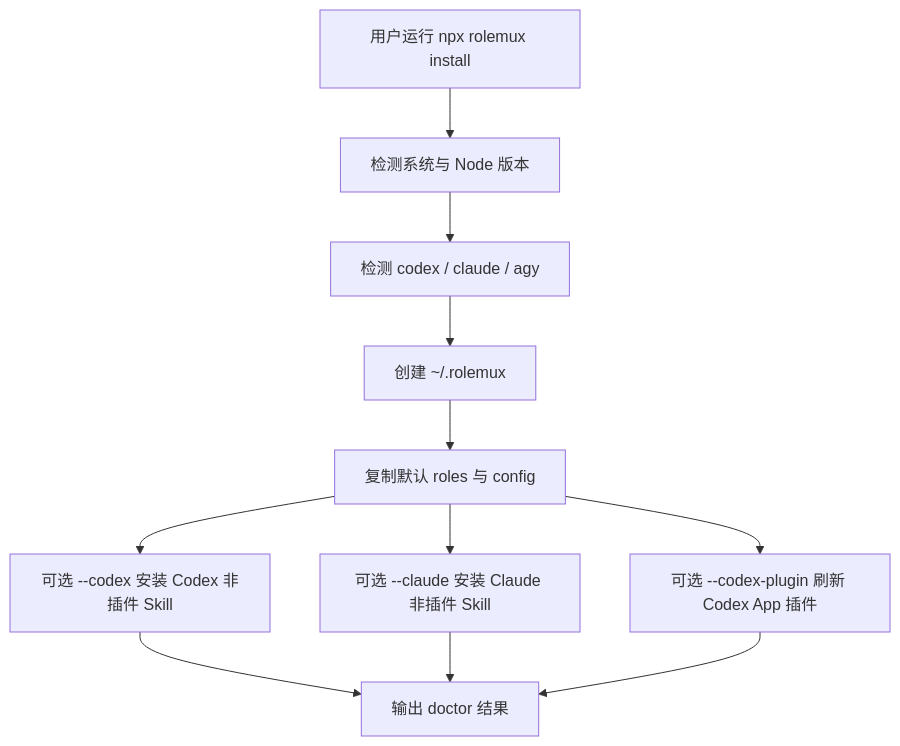
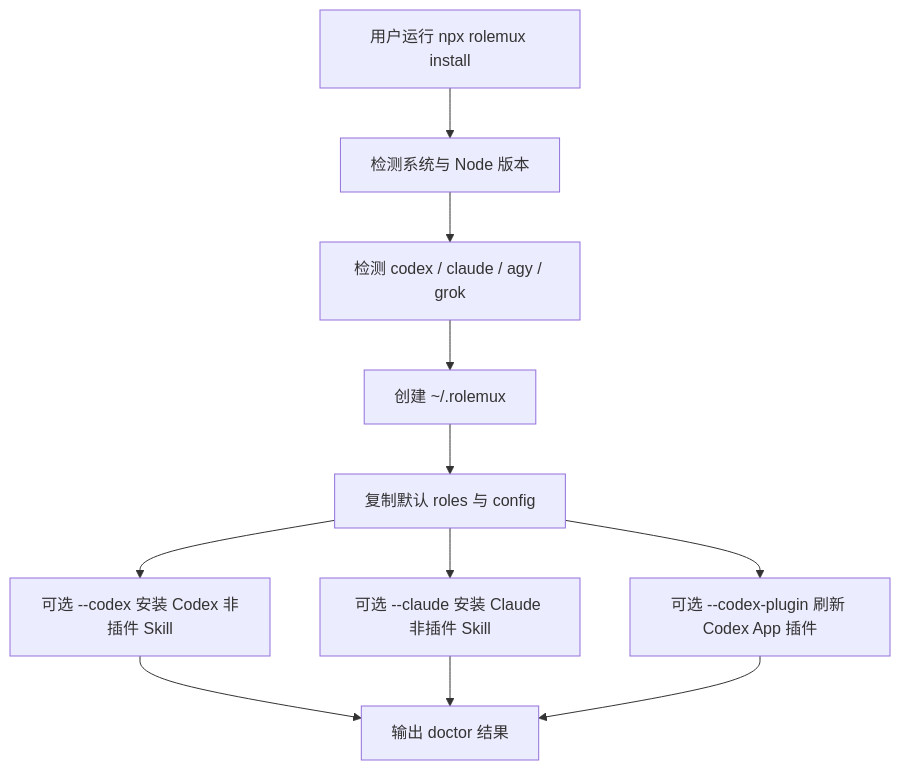
The first of 3 diagrams in spec/rolemux-development-spec.md (immortalbeating2/rolemux), drawn with Mermaid before and after one commit. The commit also changed other lines of this file and 33 other files, not shown here.

````diff
--- a/spec/rolemux-development-spec.md
+++ b/spec/rolemux-development-spec.md
@@ -285,13 +285,13 @@
 ```mermaid
 flowchart TD
   A["用户运行 npx rolemux install"] --> B["检测系统与 Node 版本"]
-  B --> C["检测 codex / claude / agy"]
+  B --> C["检测 codex / claude / agy / grok"]
   C --> D["创建 ~/.rolemux"]
   D --> E["复制默认 roles 与 config"]
   E --> F["可选 --codex 安装 Codex 非插件 Skill"]
   E --> G["可选 --claude 安装 Claude 非插件 Skill"]
   E --> P["可选 --codex-plugin 刷新 Codex App 插件"]
   F --> H["输出 doctor 结果"]
   G --> H
   P --> H
 ```
````
